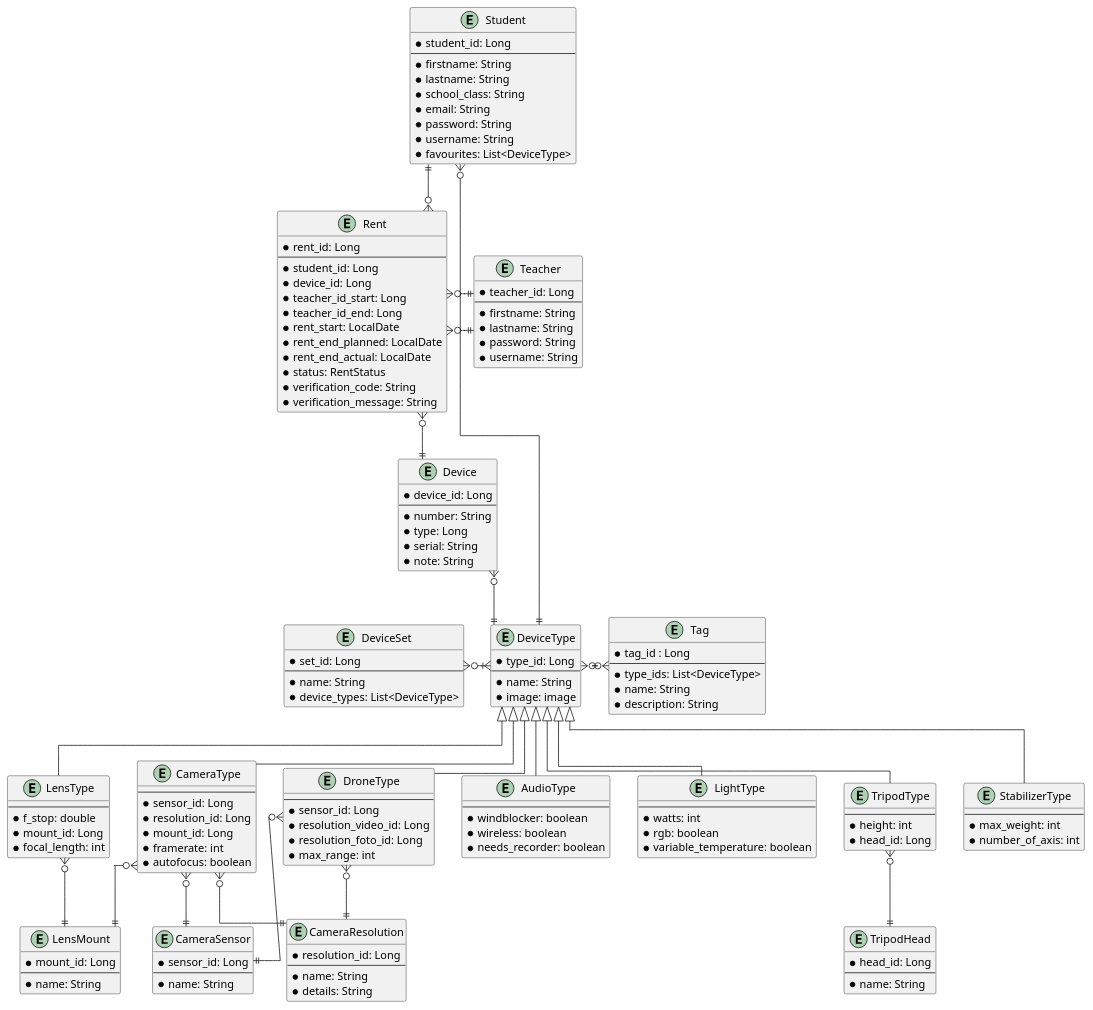
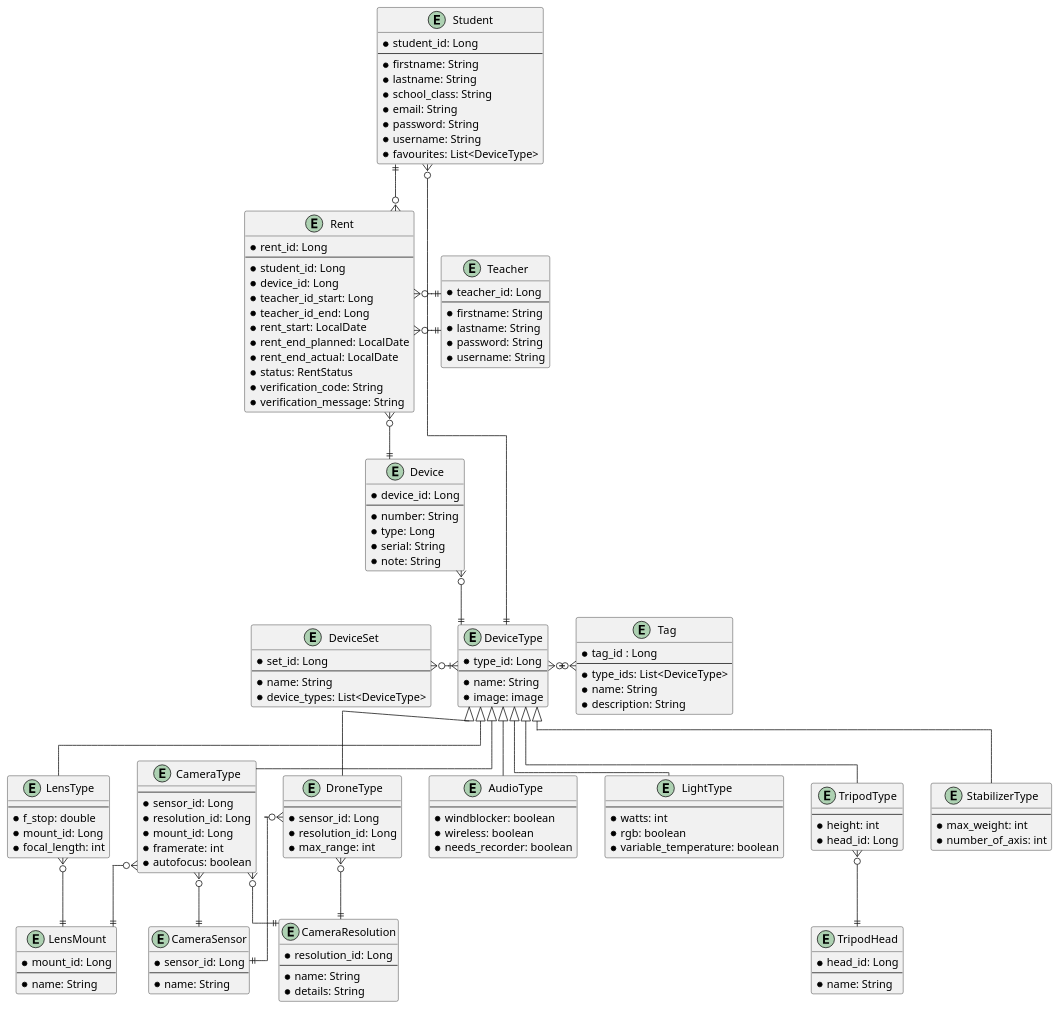
Before and after one commit to htl-leo-itp-2325-4-5BHITM/cam-connect: the diagram in docs/uml.puml, drawn with PlantUML. The commit also changed 5 other files, not shown here.

```diff
--- a/docs/uml.puml
+++ b/docs/uml.puml
@@ -1,172 +1,171 @@
 @startuml
    skinparam linetype ortho
 
    entity DeviceType {
         * type_id: Long
         --
         * name: String
         * image: image
     }
 
     entity CameraType {
         --
         * sensor_id: Long
         * resolution_id: Long
         * mount_id: Long
         * framerate: int
         * autofocus: boolean
     }
 
     entity DroneType {
         --
         * sensor_id: Long
-        * resolution_video_id: Long
-        * resolution_foto_id: Long
+        * resolution_id: Long
         * max_range: int
     }
 
     entity LensType {
         --
         * f_stop: double
         * mount_id: Long
         * focal_length: int
     }
 
     entity AudioType {
         --
         * windblocker: boolean
         * wireless: boolean
         * needs_recorder: boolean
     }
 
     entity LightType {
         --
         * watts: int
         * rgb: boolean
         * variable_temperature: boolean
     }
 
     entity TripodType {
         --
         * height: int
         * head_id: Long
     }
 
     entity StabilizerType {
         --
         * max_weight: int
         * number_of_axis: int
     }
 
     DeviceType <|-down- CameraType
     DeviceType <|-down- AudioType
     DeviceType <|-down- LightType
     DeviceType <|-down- TripodType
     DeviceType <|-down- StabilizerType
     DeviceType <|-down- DroneType
     DeviceType <|-down- LensType
 
     entity TripodHead {
         * head_id: Long
         --
         * name: String
     }
 
     entity LensMount {
         * mount_id: Long
         --
         * name: String
     }
 
     entity CameraSensor {
         * sensor_id: Long
         --
         * name: String
     }
 
     entity CameraResolution {
         * resolution_id: Long
         --
         * name: String
         * details: String
     }
 
     TripodType }o--|| TripodHead
     LensType }o--|| LensMount
     CameraType }o--|| LensMount
     CameraType }o--|| CameraSensor
     DroneType }o--|| CameraSensor
     DroneType }o--|| CameraResolution
     CameraType }o--|| CameraResolution
 
     entity Device {
         * device_id: Long
         --
         * number: String
         * type: Long
         * serial: String
         * note: String
     }
 
     entity Rent{
         * rent_id: Long
         --
         * student_id: Long
         * device_id: Long
         * teacher_id_start: Long
         * teacher_id_end: Long
         * rent_start: LocalDate
         * rent_end_planned: LocalDate
         * rent_end_actual: LocalDate
         * status: RentStatus
         * verification_code: String
         * verification_message: String
     }
 
     entity Tag {
         * tag_id : Long
         --
         * type_ids: List<DeviceType>
         * name: String
         * description: String
     }
 
     entity Student {
         * student_id: Long
         --
         * firstname: String
         * lastname: String
         * school_class: String
         * email: String
         * password: String
         * username: String
         * favourites: List<DeviceType>
     }
 
     entity Teacher {
         * teacher_id: Long
         --
         * firstname: String
         * lastname: String
         * password: String
         * username: String
     }
 
      entity DeviceSet {
         * set_id: Long
         --
         * name: String
         * device_types: List<DeviceType>
     }
 
     Device }o-down-|| DeviceType
     DeviceType }|-left-o{ DeviceSet
     DeviceType }o-right-o{ Tag
 
     Rent }o--|| Device
     Rent }o-up-|| Student
     Rent }o-right-|| Teacher
     Rent }o-right-|| Teacher
 
     Student }o--|| DeviceType
 @enduml
```
